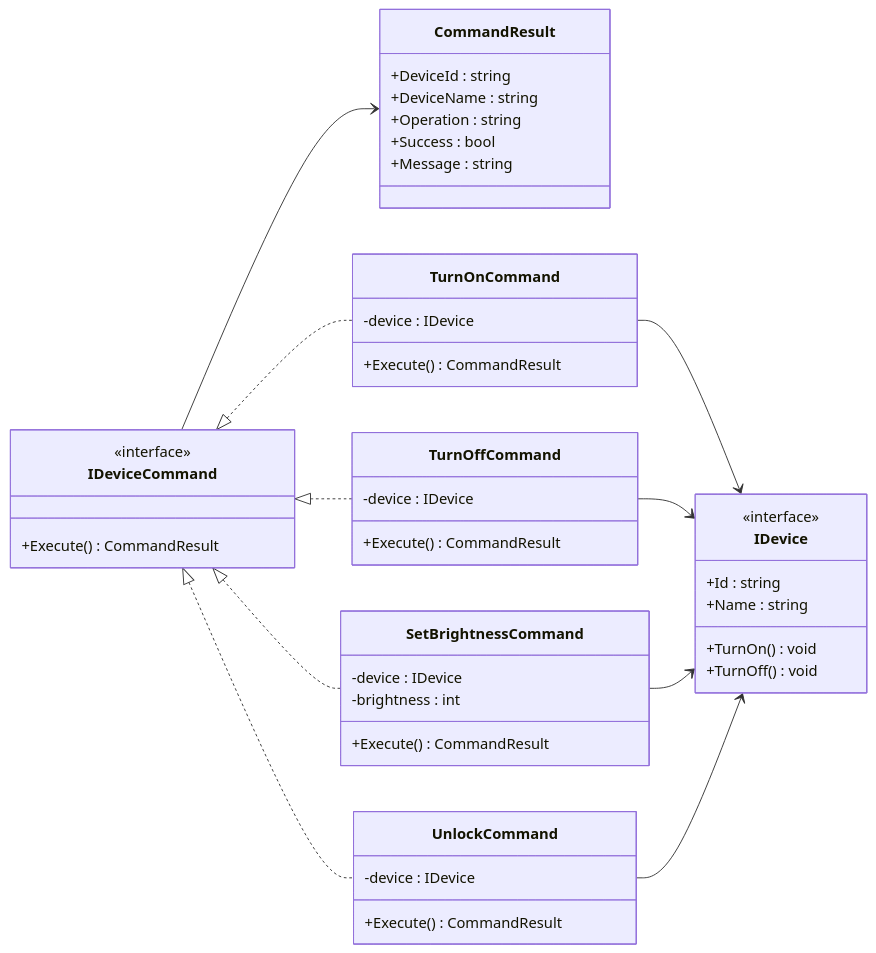
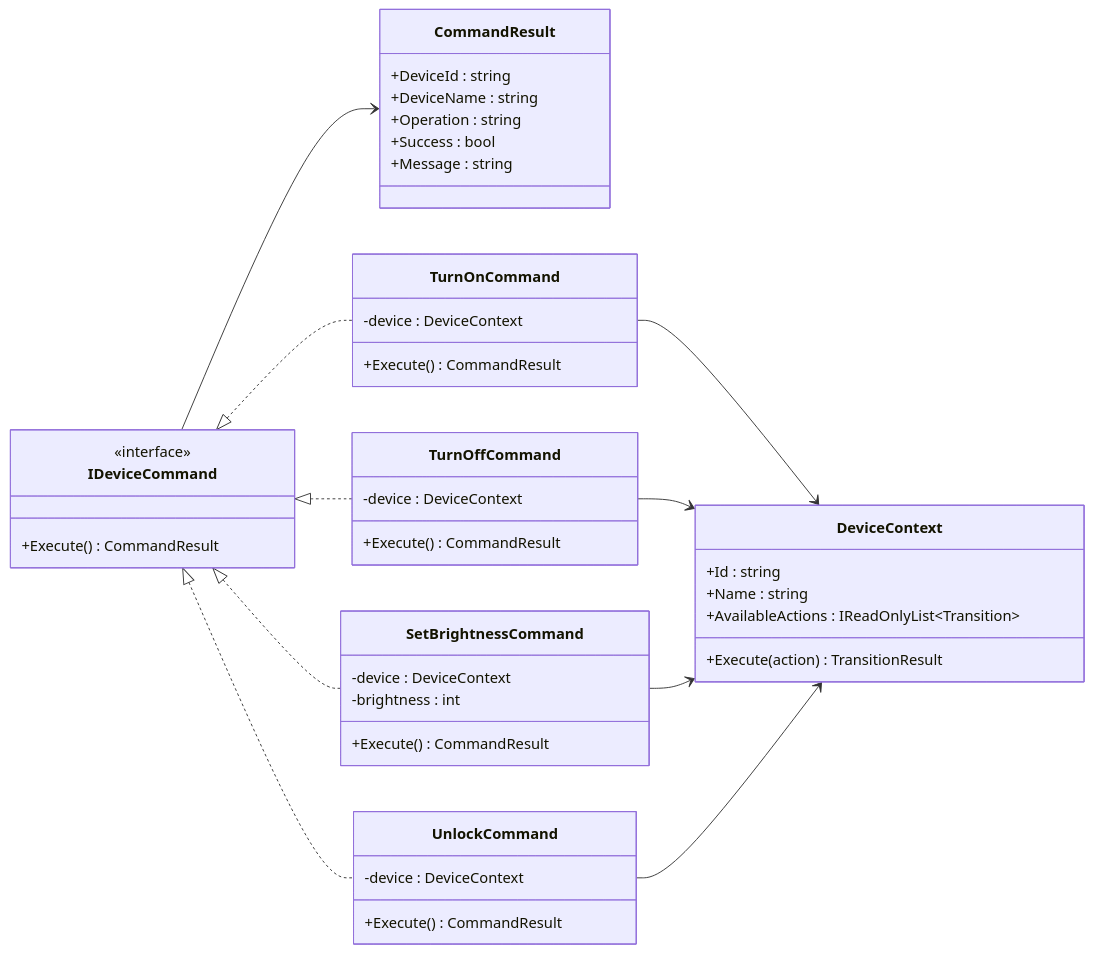
The seventh of 35 diagrams in presentations/15-command-and-composite-patterns.md (jeff-adkisson/swe-4743-spring-2026-oo-design), drawn with Mermaid before and after one commit. The commit also changed other lines of this file, not shown here.

Commit message:
Updated state machine relationship to command

````diff
--- a/presentations/15-command-and-composite-patterns.md
+++ b/presentations/15-command-and-composite-patterns.md
@@ -209,55 +211,54 @@
 ```mermaid
 classDiagram
 		direction LR
     class IDeviceCommand {
         <<interface>>
         +Execute() CommandResult
     }
 
     class CommandResult {
         +DeviceId : string
         +DeviceName : string
         +Operation : string
         +Success : bool
         +Message : string
     }
 
     class TurnOnCommand {
-        -device : IDevice
+        -device : DeviceContext
         +Execute() CommandResult
     }
 
     class TurnOffCommand {
-        -device : IDevice
+        -device : DeviceContext
         +Execute() CommandResult
     }
 
     class SetBrightnessCommand {
-        -device : IDevice
+        -device : DeviceContext
         -brightness : int
         +Execute() CommandResult
     }
 
     class UnlockCommand {
-        -device : IDevice
+        -device : DeviceContext
         +Execute() CommandResult
     }
 
-    class IDevice {
-        <<interface>>
+    class DeviceContext {
         +Id : string
         +Name : string
-        +TurnOn() void
-        +TurnOff() void
+        +AvailableActions : IReadOnlyList~Transition~
+        +Execute(action) TransitionResult
     }
 
     IDeviceCommand <|.. TurnOnCommand
     IDeviceCommand <|.. TurnOffCommand
     IDeviceCommand <|.. SetBrightnessCommand
     IDeviceCommand <|.. UnlockCommand
-    TurnOnCommand --> IDevice
-    TurnOffCommand --> IDevice
-    SetBrightnessCommand --> IDevice
-    UnlockCommand --> IDevice
+    TurnOnCommand --> DeviceContext
+    TurnOffCommand --> DeviceContext
+    SetBrightnessCommand --> DeviceContext
+    UnlockCommand --> DeviceContext
     IDeviceCommand --> CommandResult
 ```
````
